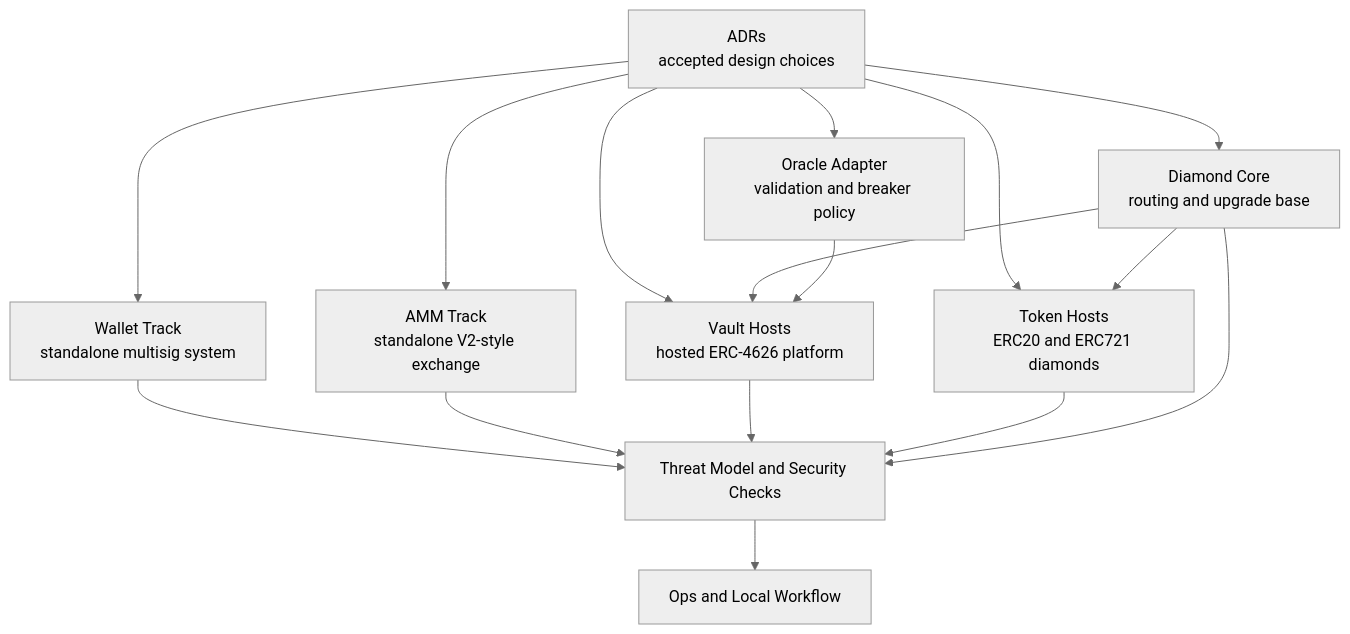
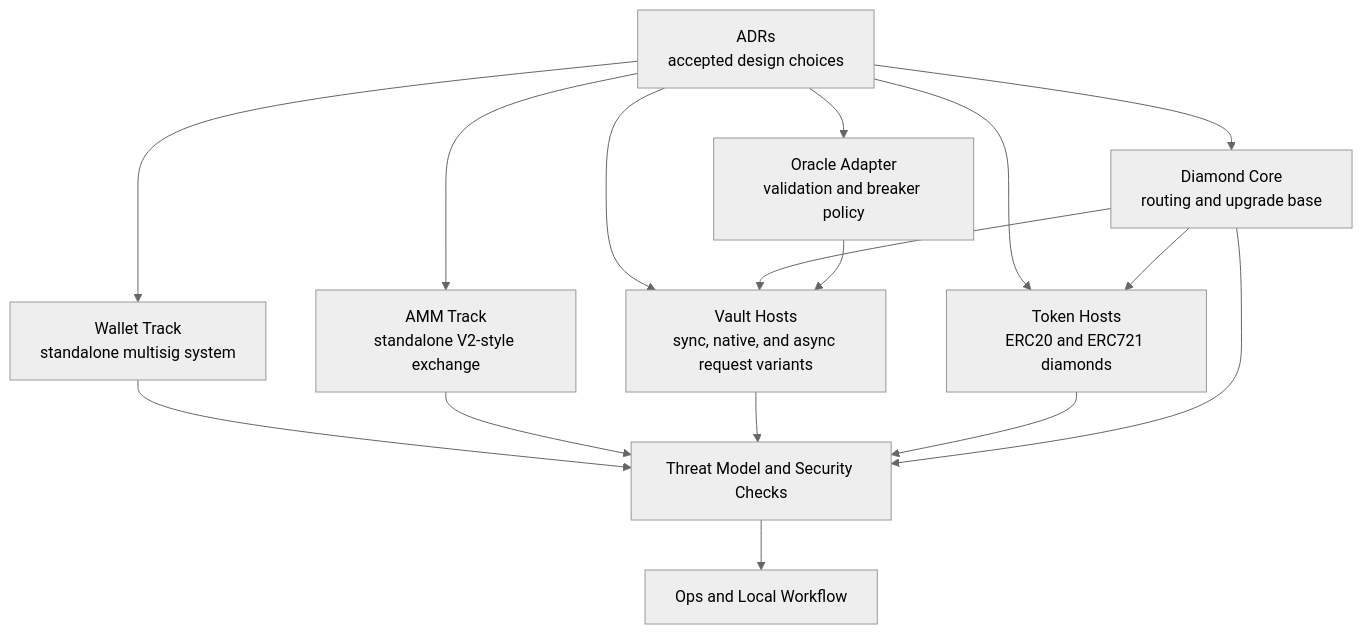
The diagram in docs/README.md (amshirif/Auralis), drawn with Mermaid (neutral theme) before and after one commit. The commit also changed other lines of this file and 5 other files, not shown here.

Commit message:
Document async vault reviewer surface

````diff
--- a/docs/README.md
+++ b/docs/README.md
@@ -18,28 +18,28 @@
 ```mermaid
 flowchart TD
     ADR["ADRs<br/>accepted design choices"]
     Core["Diamond Core<br/>routing and upgrade base"]
     Token["Token Hosts<br/>ERC20 and ERC721 diamonds"]
-    Vault["Vault Hosts<br/>hosted ERC-4626 platform"]
+    Vault["Vault Hosts<br/>sync, native, and async request variants"]
     AMM["AMM Track<br/>standalone V2-style exchange"]
     Wallet["Wallet Track<br/>standalone multisig system"]
     Oracle["Oracle Adapter<br/>validation and breaker policy"]
     Security["Threat Model and Security Checks"]
     Ops["Ops and Local Workflow"]
 
     ADR --> Core
     ADR --> Token
     ADR --> Vault
     ADR --> AMM
     ADR --> Wallet
     Wallet --> Security
     ADR --> Oracle
     Core --> Token
     Core --> Vault
     Oracle --> Vault
     AMM --> Security
     Vault --> Security
     Token --> Security
     Core --> Security
     Security --> Ops
 ```
````
